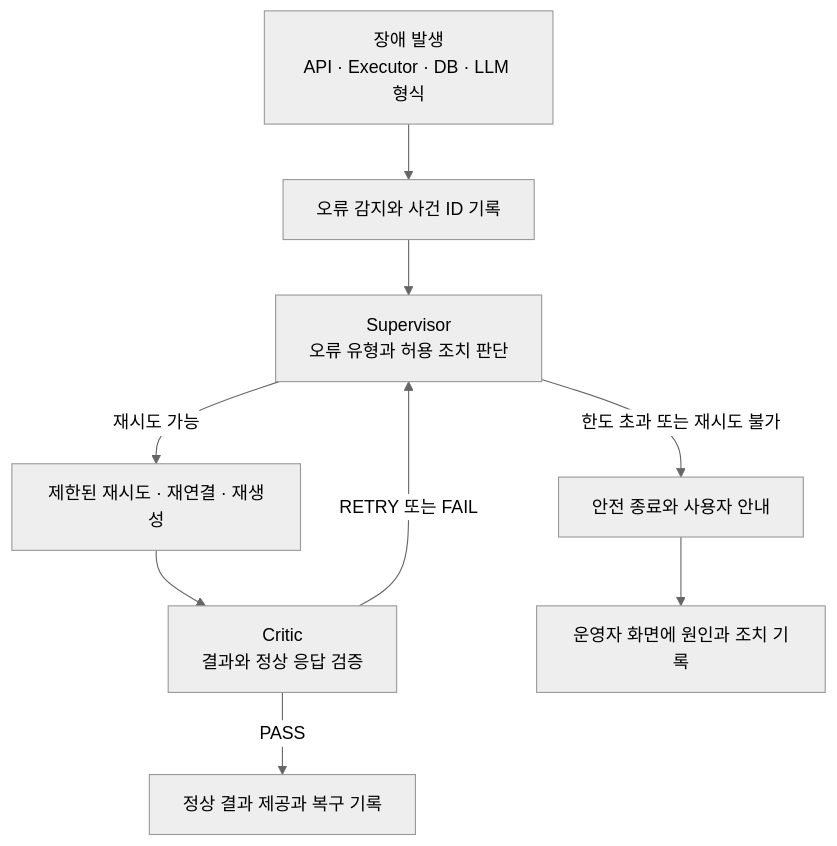
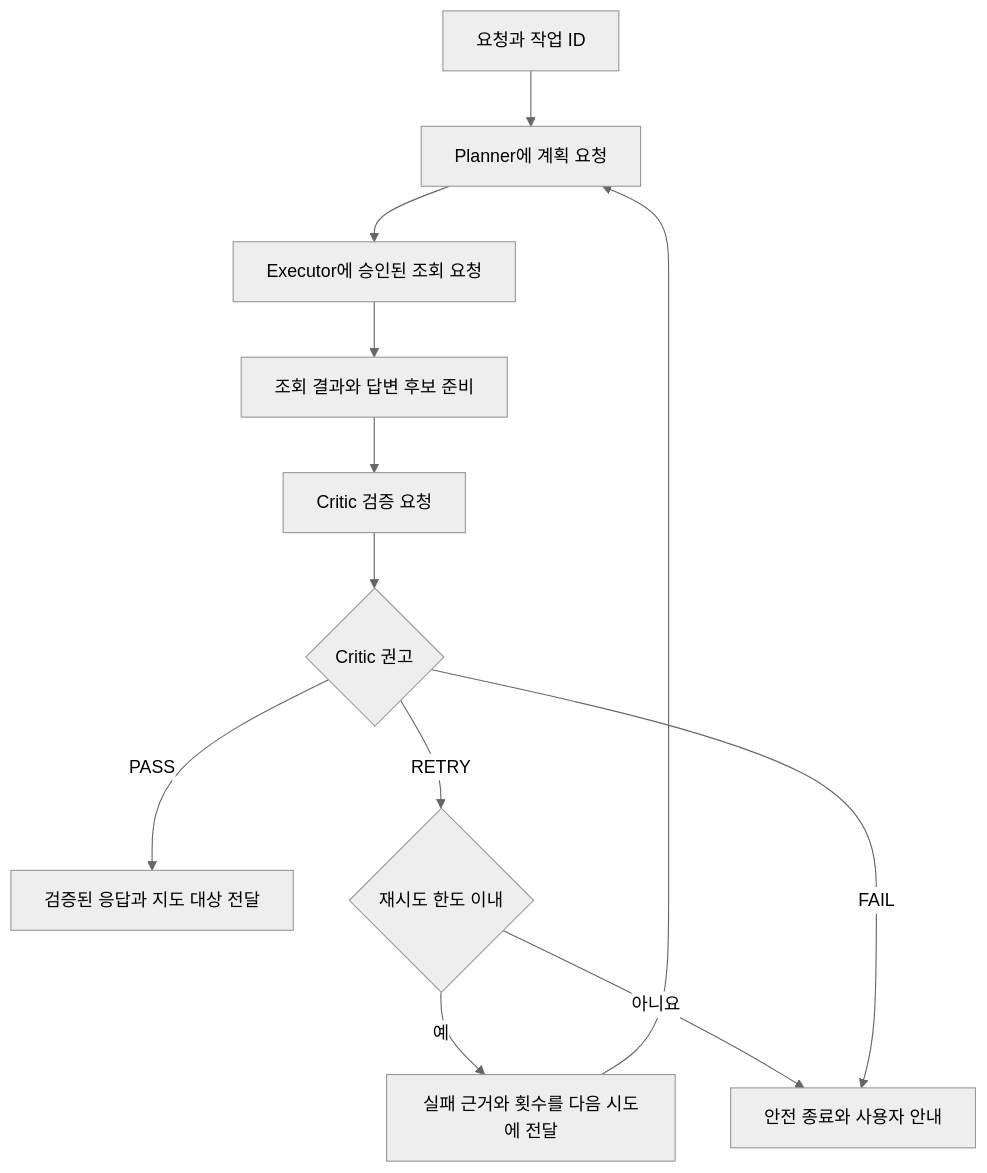
The fourth of 9 diagrams in docs/PRD.md (ac9989/2026-aio2-p3-ChargePin), drawn with Mermaid (neutral theme) before and after one commit. The commit also changed other lines of this file, not shown here.

````diff
--- a/docs/PRD.md
+++ b/docs/PRD.md
@@ -299,11 +435,14 @@
 ```mermaid
 flowchart TD
-    A["장애 발생<br/>API · Executor · DB · LLM 형식"] --> B["오류 감지와 사건 ID 기록"]
-    B --> S["Supervisor<br/>오류 유형과 허용 조치 판단"]
-    S -->|"재시도 가능"| R["제한된 재시도 · 재연결 · 재생성"]
-    R --> C["Critic<br/>결과와 정상 응답 검증"]
-    C -->|"PASS"| OK["정상 결과 제공과 복구 기록"]
-    C -->|"RETRY 또는 FAIL"| S
-    S -->|"한도 초과 또는 재시도 불가"| F["안전 종료와 사용자 안내"]
-    F --> O["운영자 화면에 원인과 조치 기록"]
+    a["요청과 작업 ID"] --> b["Planner에 계획 요청"]
+    b --> c["Executor에 승인된 조회 요청"]
+    c --> d["조회 결과와 답변 후보 준비"]
+    d --> e["Critic 검증 요청"]
+    e --> f{"Critic 권고"}
+    f -->|"PASS"| g["검증된 응답과 지도 대상 전달"]
+    f -->|"RETRY"| h{"재시도 한도 이내"}
+    h -->|"예"| i["실패 근거와 횟수를 다음 시도에 전달"]
+    i --> b
+    h -->|"아니요"| j["안전 종료와 사용자 안내"]
+    f -->|"FAIL"| j
 ```
````
